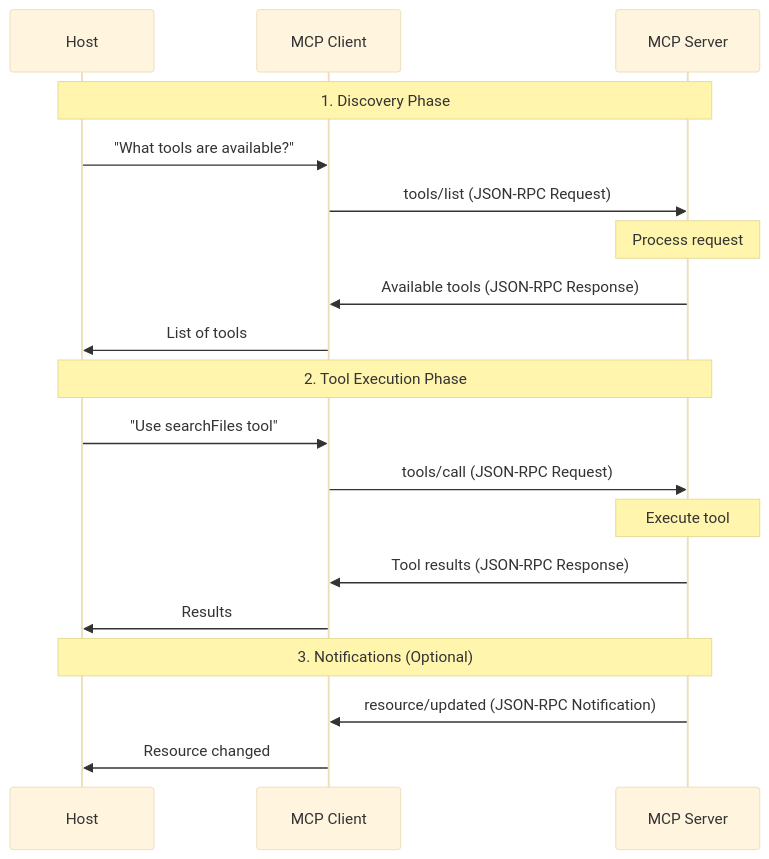
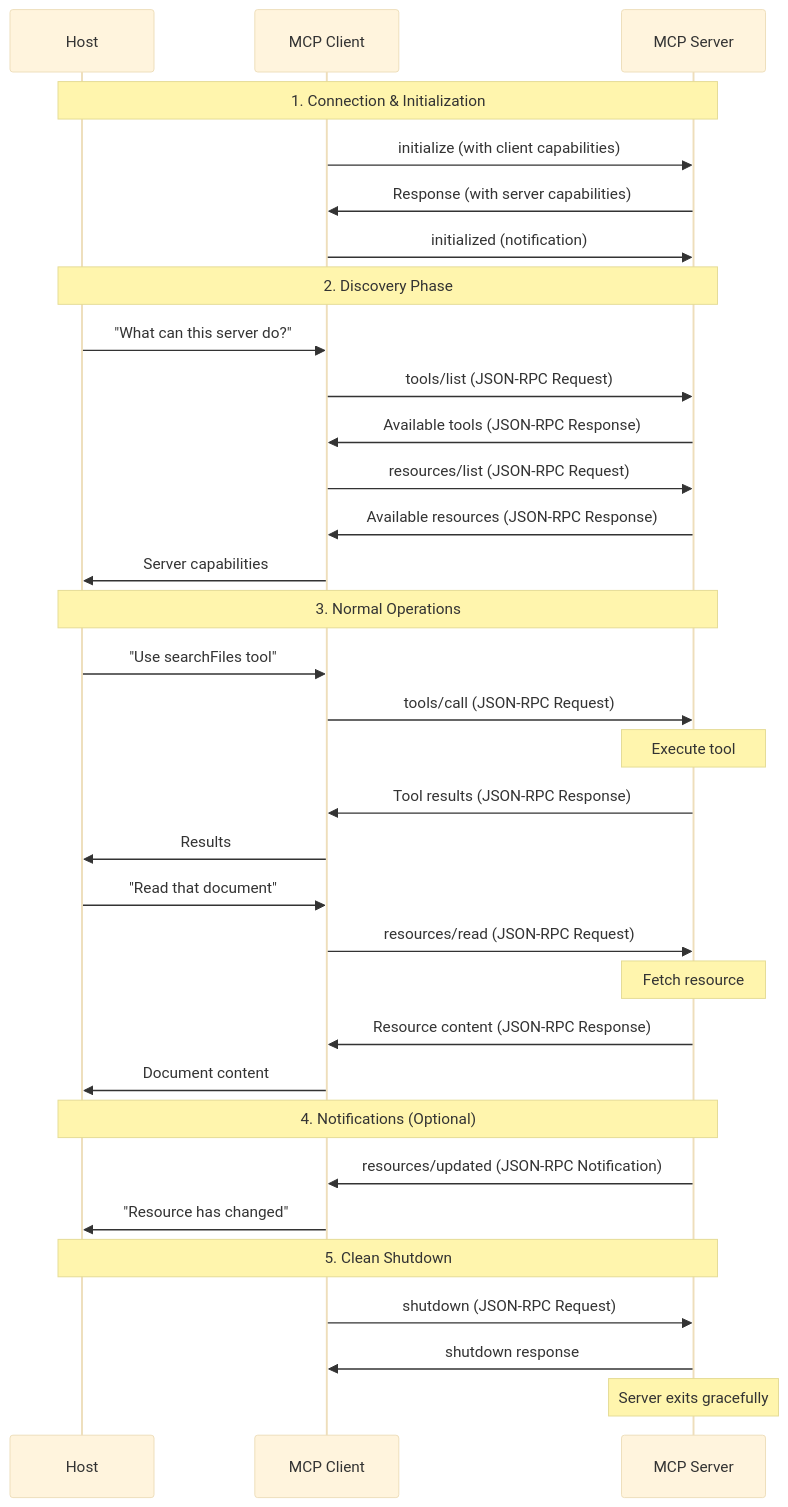
The ninth of 11 diagrams in concept-deep-dive/README.md (balupeddireddy08/Model_Context_Protocol_for_AI), drawn with Mermaid (base theme) before and after one commit. The commit also changed other lines of this file, not shown here.

````diff
--- a/concept-deep-dive/README.md
+++ b/concept-deep-dive/README.md
@@ -263,24 +259,41 @@
 ```mermaid
 sequenceDiagram
     participant H as Host
     participant C as MCP Client
     participant S as MCP Server
     
-    Note over H,S: 1. Discovery Phase
-    H->>C: "What tools are available?"
+    Note over H,S: 1. Connection & Initialization
+    C->>S: initialize (with client capabilities)
+    S->>C: Response (with server capabilities)
+    C->>S: initialized (notification)
+    
+    Note over H,S: 2. Discovery Phase
+    H->>C: "What can this server do?"
     C->>S: tools/list (JSON-RPC Request)
-    Note over S: Process request
     S->>C: Available tools (JSON-RPC Response)
-    C->>H: List of tools
+    C->>S: resources/list (JSON-RPC Request)
+    S->>C: Available resources (JSON-RPC Response)
+    C->>H: Server capabilities
     
-    Note over H,S: 2. Tool Execution Phase
+    Note over H,S: 3. Normal Operations
     H->>C: "Use searchFiles tool"
     C->>S: tools/call (JSON-RPC Request)
     Note over S: Execute tool
     S->>C: Tool results (JSON-RPC Response)
     C->>H: Results
     
-    Note over H,S: 3. Notifications (Optional)
-    S->>C: resource/updated (JSON-RPC Notification)
-    C->>H: Resource changed
+    H->>C: "Read that document"
+    C->>S: resources/read (JSON-RPC Request)
+    Note over S: Fetch resource
+    S->>C: Resource content (JSON-RPC Response)
+    C->>H: Document content
+    
+    Note over H,S: 4. Notifications (Optional)
+    S->>C: resources/updated (JSON-RPC Notification)
+    C->>H: "Resource has changed"
+    
+    Note over H,S: 5. Clean Shutdown
+    C->>S: shutdown (JSON-RPC Request)
+    S->>C: shutdown response
+    Note over S: Server exits gracefully
 ```
````
